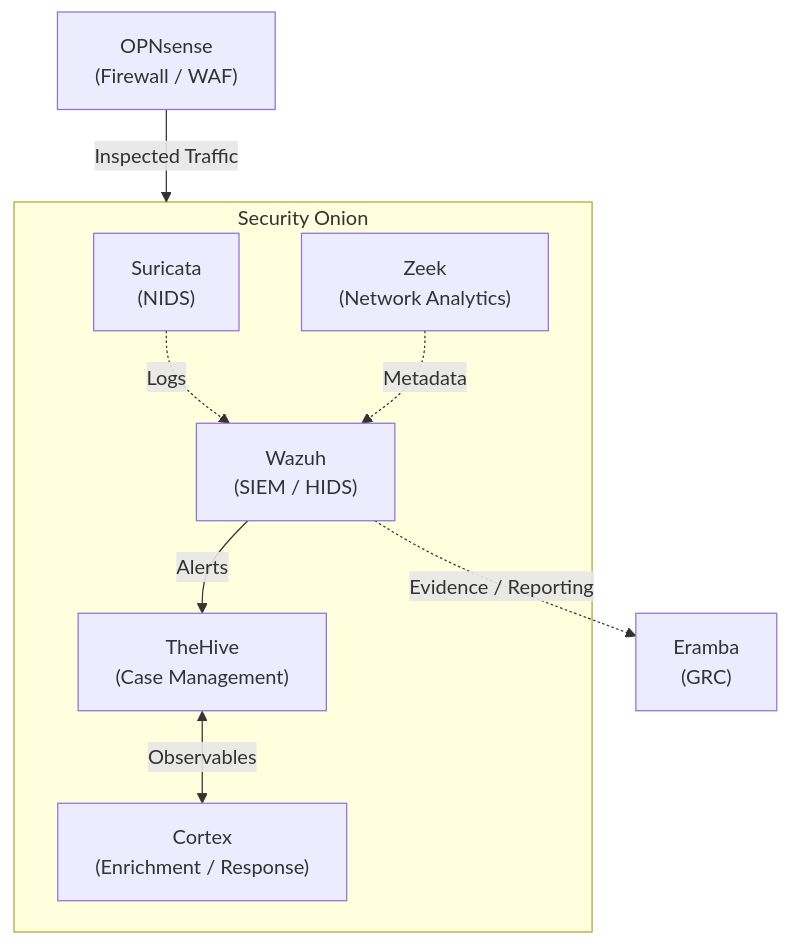
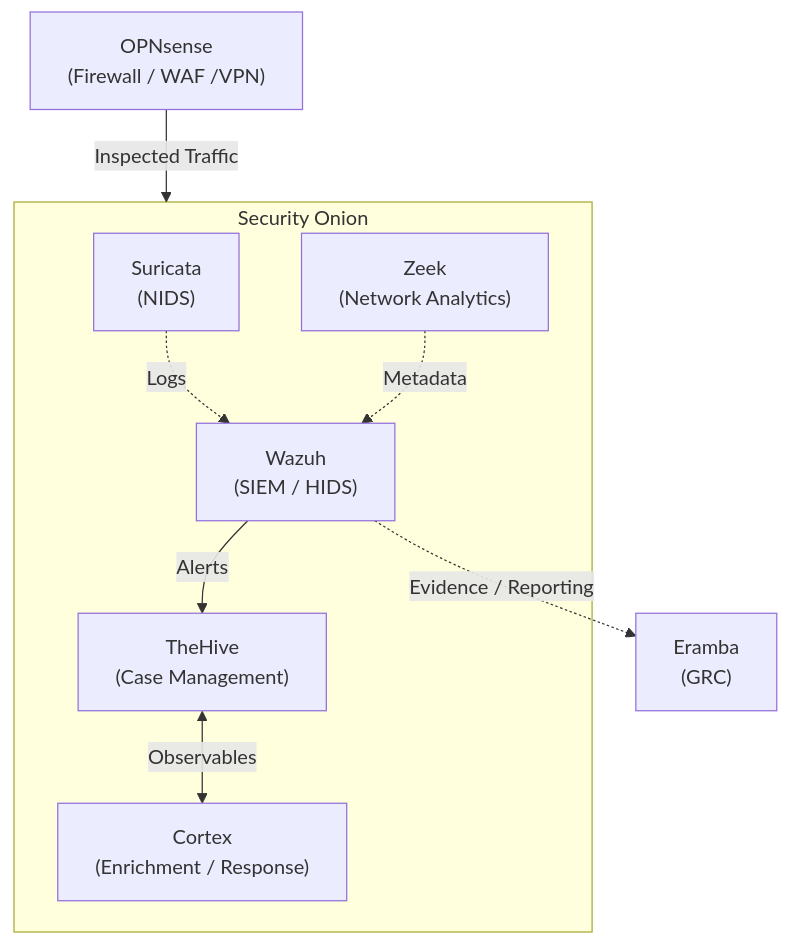
The diagram in notes/Open-Source_Security_Stack.md (sreilly1977/dlh-cyber_security), drawn with Mermaid before and after one commit. The commit also changed other lines of this file, not shown here.

````diff
--- a/notes/Open-Source_Security_Stack.md
+++ b/notes/Open-Source_Security_Stack.md
@@ -53,23 +53,23 @@
 ```mermaid
 flowchart TB
-    OPN["OPNsense<br>(Firewall / WAF)"]
+    OPN["OPNsense<br>(Firewall / WAF /VPN)"]
 
     subgraph SO["Security Onion"]
         SUR["Suricata<br>(NIDS)"]
         ZEEK["Zeek<br>(Network Analytics)"]
         WAZ["Wazuh<br>(SIEM / HIDS)"]
         HIVE["TheHive<br>(Case Management)"]
         CORTEX["Cortex<br>(Enrichment / Response)"]
     end
 
     ERA["Eramba<br>(GRC)"]
 
     OPN -->|"Inspected Traffic"| SO
 
     SUR -.->|"Logs"| WAZ
     ZEEK -.->|"Metadata"| WAZ
     WAZ -->|"Alerts"| HIVE
     HIVE <-->|"Observables"| CORTEX
 
     WAZ -.->|"Evidence / Reporting"| ERA
 ```
````
